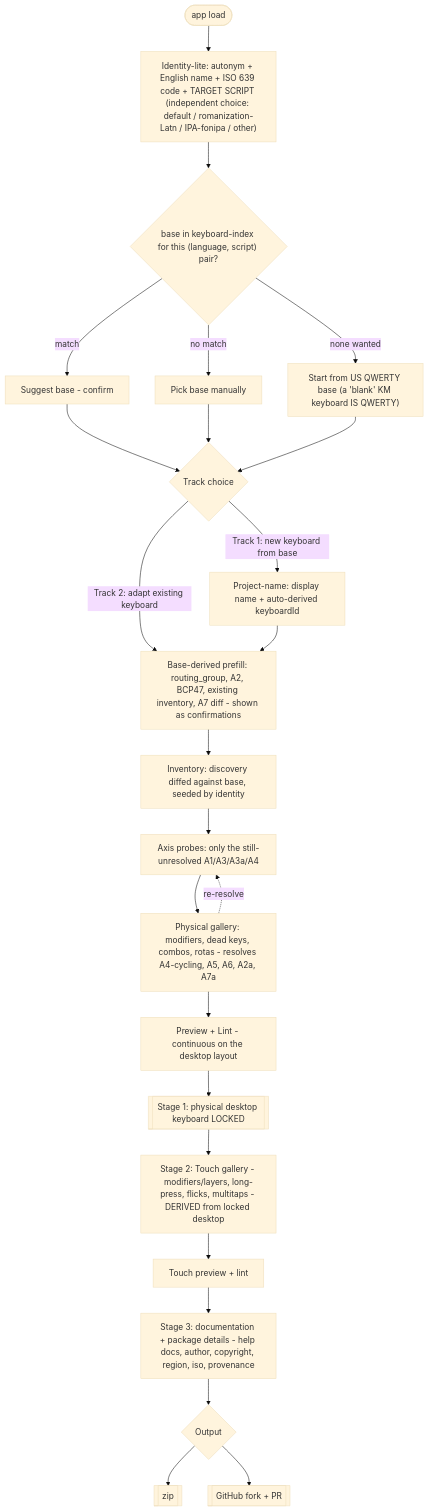
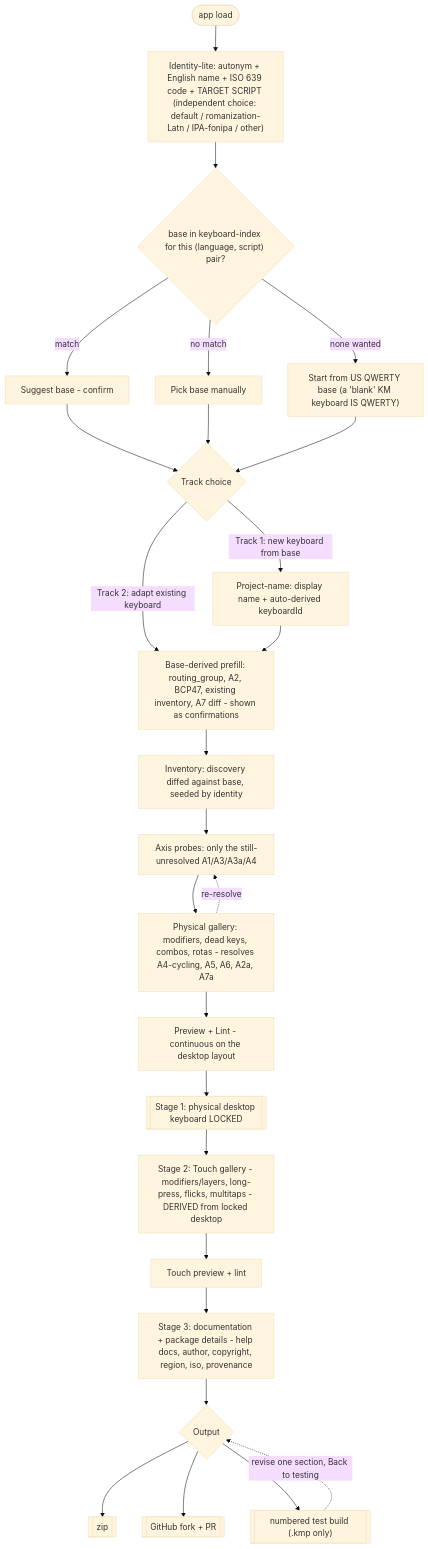
One commit to keyboard-studio/keyboard-studio changed the diagram in docs/workflow-model.md. Above: the diagram before and after it, drawn with Mermaid (base theme). The commit also changed other lines of this file and 67 other files, not shown here.

First line of the commit message:
feat(studio): test-and-revise loop before publishing (spec 094) (#2049)

````diff
--- a/docs/workflow-model.md
+++ b/docs/workflow-model.md
@@ -92,27 +92,29 @@
 ```mermaid
 graph TD
   Entry([app load]) --> ID["Identity-lite: autonym + English name + ISO 639 code + TARGET SCRIPT (independent choice: default / romanization-Latn / IPA-fonipa / other)"]
   ID --> LOOKUP{"base in keyboard-index for this (language, script) pair?"}
   LOOKUP -->|match| SUGGEST[Suggest base - confirm]
   LOOKUP -->|no match| MANUAL[Pick base manually]
   LOOKUP -->|none wanted| BLANK["Start from US QWERTY base (a 'blank' KM keyboard IS QWERTY)"]
   SUGGEST --> TRACK{Track choice}
   MANUAL --> TRACK
   BLANK --> TRACK
   TRACK -->|Track 1: new keyboard from base| PROJNAME["Project-name: display name + auto-derived keyboardId"]
   TRACK -->|Track 2: adapt existing keyboard| PREFILL
   PROJNAME --> PREFILL
   PREFILL[Base-derived prefill: routing_group, A2, BCP47, existing inventory, A7 diff - shown as confirmations]
   PREFILL --> INV[Inventory: discovery diffed against base, seeded by identity]
   INV --> PROBE[Axis probes: only the still-unresolved A1/A3/A3a/A4]
   PROBE --> GALP["Physical gallery: modifiers, dead keys, combos, rotas - resolves A4-cycling, A5, A6, A2a, A7a"]
   GALP -.re-resolve.-> PROBE
   GALP --> PVW[Preview + Lint - continuous on the desktop layout]
   PVW --> LOCK[[Stage 1: physical desktop keyboard LOCKED]]
   LOCK --> GALT["Stage 2: Touch gallery - modifiers/layers, long-press, flicks, multitaps - DERIVED from locked desktop"]
   GALT --> TPV[Touch preview + lint]
   TPV --> DOCS[Stage 3: documentation + package details - help docs, author, copyright, region, iso, provenance]
   DOCS --> OUT{Output}
   OUT --> ZIP[[zip]]
   OUT --> PR[[GitHub fork + PR]]
+  OUT --> TB[["numbered test build (.kmp only)"]]
+  TB -.revise one section, Back to testing.-> OUT
 ```
````
